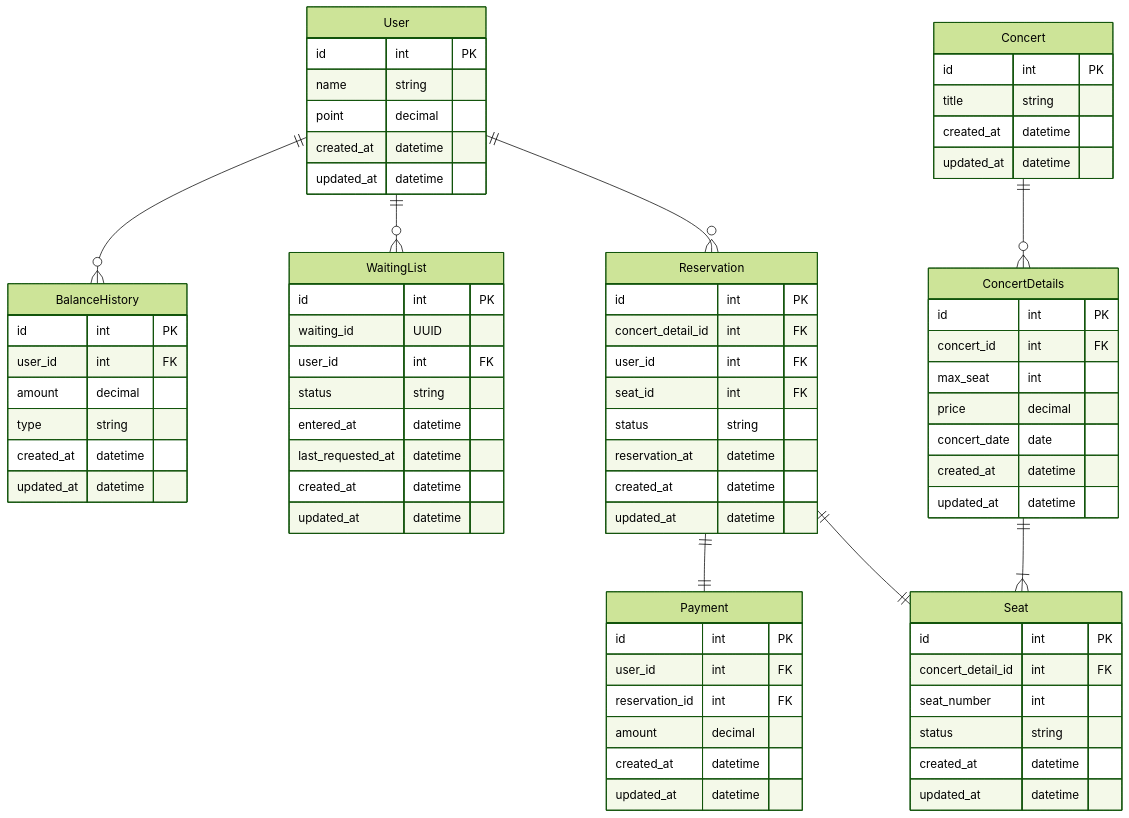
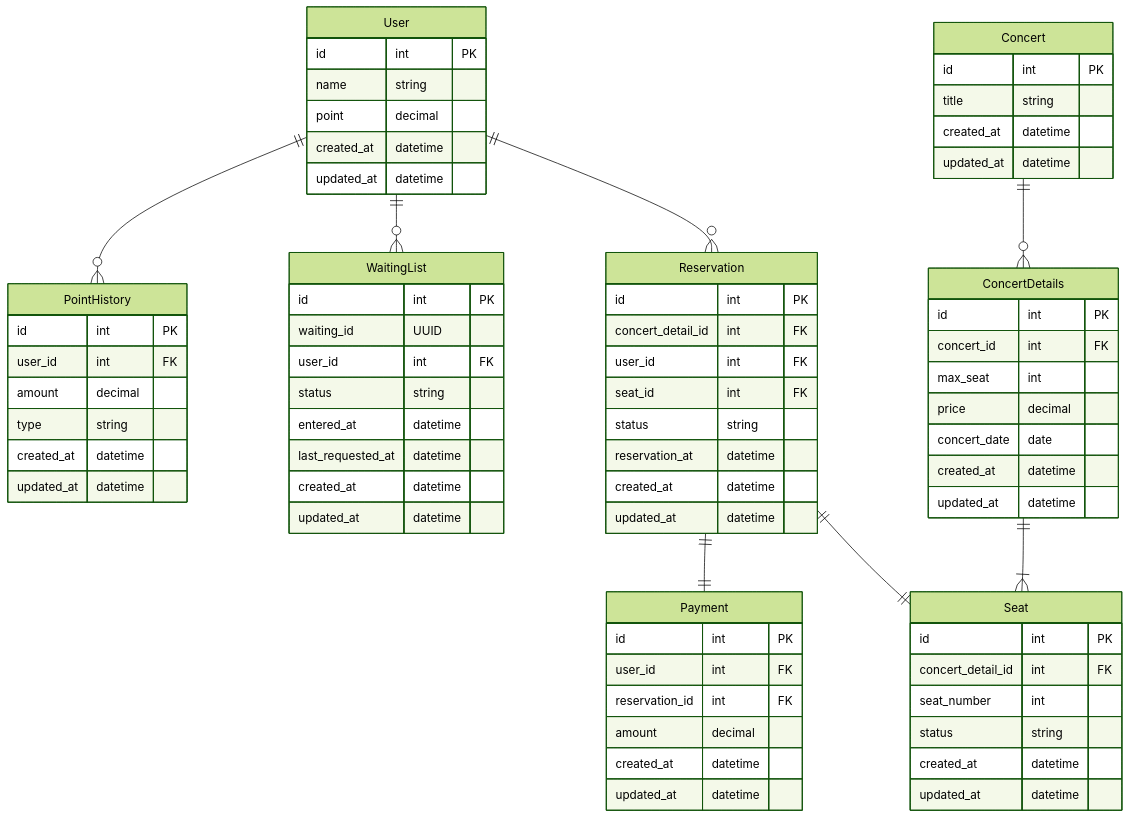
Before and after one commit to jhwon91/concert-reservation-system: the diagram in docs/03.ERD.md, drawn with Mermaid (forest theme). The commit also changed 42 other files, not shown here.

```diff
--- a/docs/03.ERD.md
+++ b/docs/03.ERD.md
@@ -8,7 +8,7 @@
         updated_at datetime 
     }
 
-    BalanceHistory {
+    PointHistory {
         id int PK
         user_id int FK
         amount decimal
@@ -75,7 +75,7 @@
     }
 
 
-    User ||--o{ BalanceHistory : ""
+    User ||--o{ PointHistory : ""
     User ||--o{ WaitingList : ""
     User ||--o{ Reservation : ""
 
```
